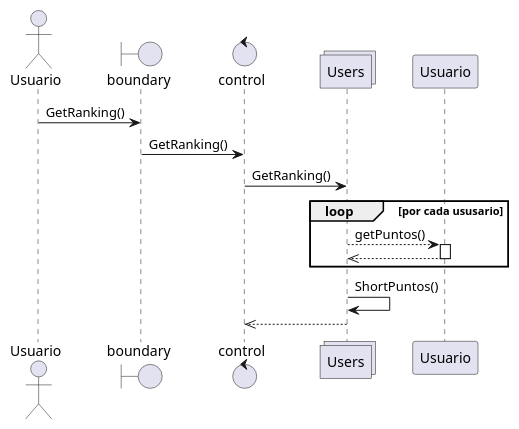
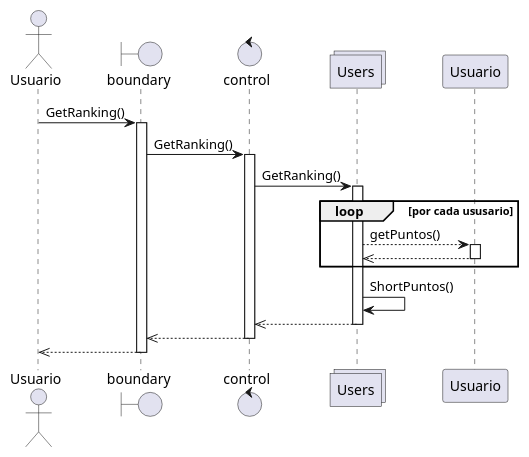
One commit to Cramer-0xbit/route66-plantuml changed the diagram in ranking.wsd. Above: the diagram before and after it, drawn with PlantUML. The commit also changed 13 other files, not shown here.

```diff
--- a/ranking.wsd
+++ b/ranking.wsd
@@ -1,19 +1,27 @@
 @startuml
 actor Usuario
 boundary boundary
 control control
 collections Users
 participant "Usuario" as user
 
 Usuario->boundary:GetRanking()
+activate boundary
 boundary->control:GetRanking()
+activate control
 control->Users:GetRanking()
+activate Users
 loop por cada ususario
     Users-->user:getPuntos()
     activate user
     Users<<--user
     deactivate user
 end
 Users->Users:ShortPuntos()
 control<<--Users
+deactivate Users
+boundary<<--control
+deactivate control
+Usuario<<--boundary
+deactivate boundary
 @enduml
```
